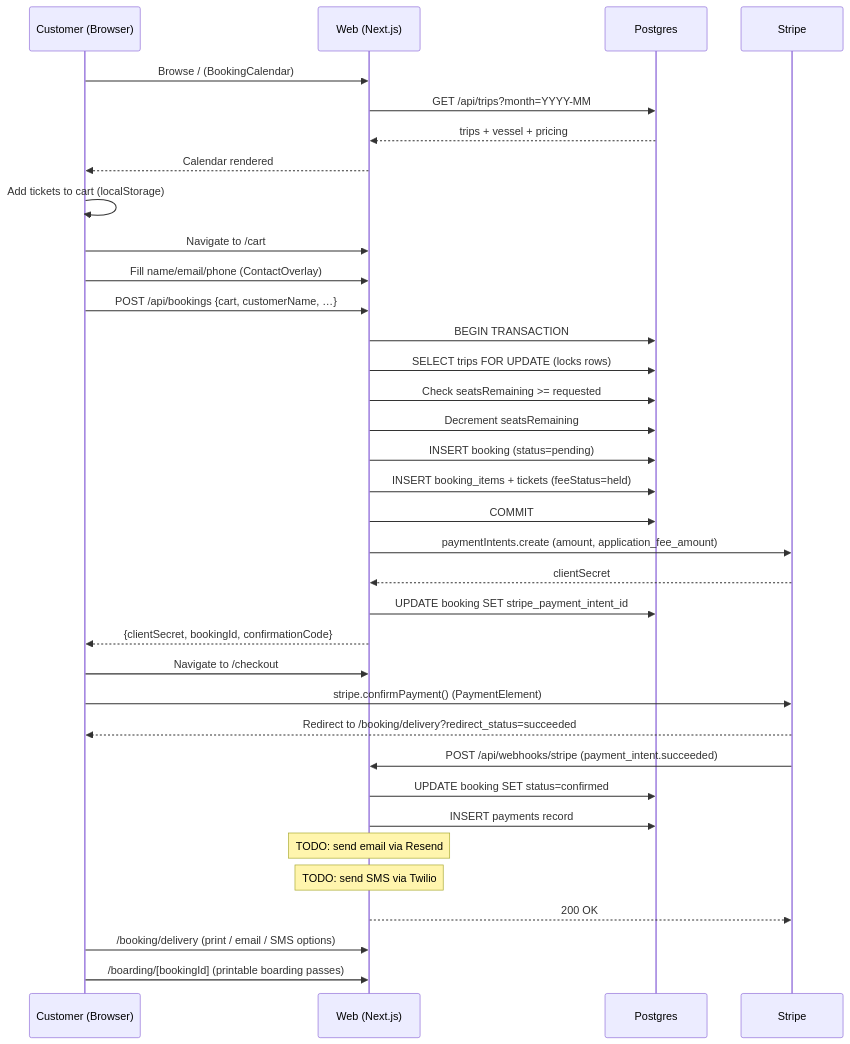
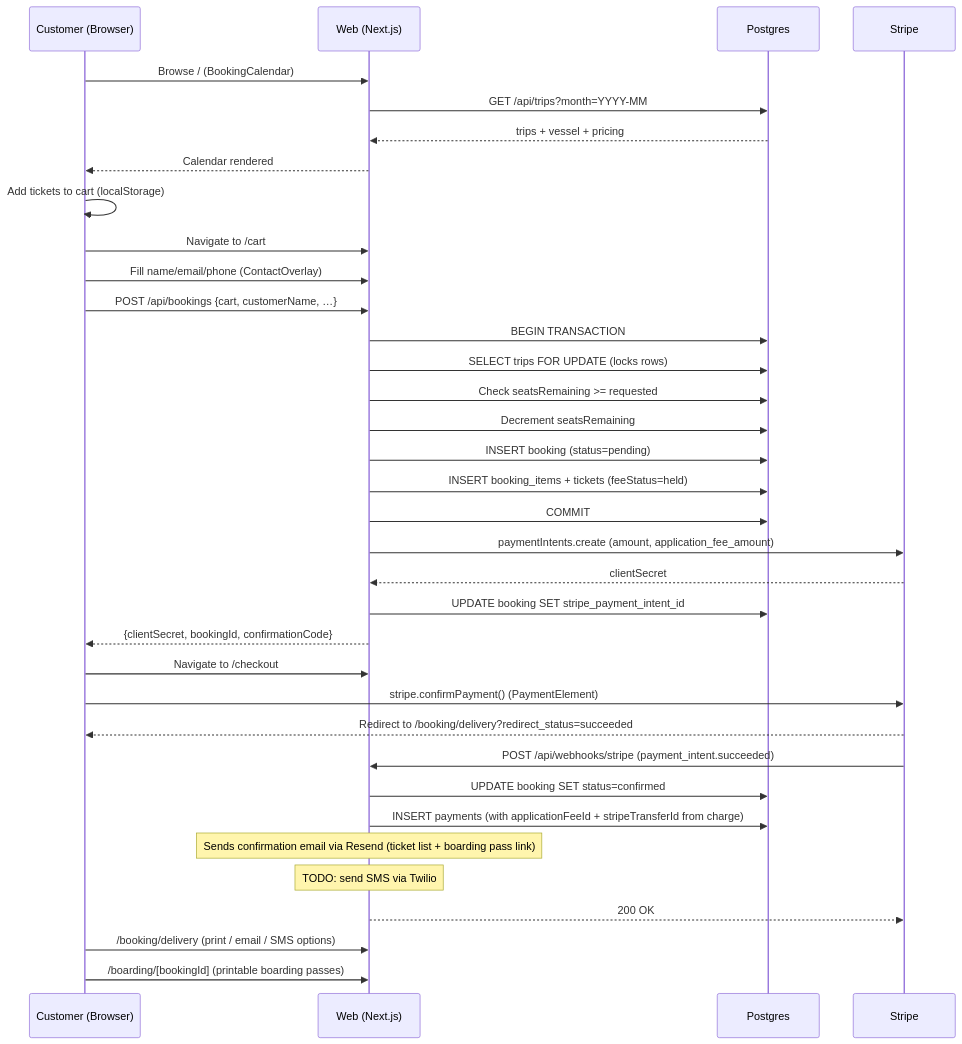
Before and after one commit to allonyaron/open-boat-fishing: the first of 4 diagrams in docs/system-flows.md, drawn with Mermaid. The commit also changed other lines of this file and 5 other files, not shown here.

````diff
--- a/docs/system-flows.md
+++ b/docs/system-flows.md
@@ -5,43 +5,43 @@
 ```mermaid
 sequenceDiagram
     participant C as Customer (Browser)
     participant W as Web (Next.js)
     participant DB as Postgres
     participant S as Stripe
 
     C->>W: Browse /  (BookingCalendar)
     W->>DB: GET /api/trips?month=YYYY-MM
     DB-->>W: trips + vessel + pricing
     W-->>C: Calendar rendered
 
     C->>C: Add tickets to cart (localStorage)
     C->>W: Navigate to /cart
     C->>W: Fill name/email/phone (ContactOverlay)
     C->>W: POST /api/bookings {cart, customerName, …}
 
     W->>DB: BEGIN TRANSACTION
     W->>DB: SELECT trips FOR UPDATE (locks rows)
     W->>DB: Check seatsRemaining >= requested
     W->>DB: Decrement seatsRemaining
     W->>DB: INSERT booking (status=pending)
     W->>DB: INSERT booking_items + tickets (feeStatus=held)
     W->>DB: COMMIT
     W->>S: paymentIntents.create (amount, application_fee_amount)
     S-->>W: clientSecret
     W->>DB: UPDATE booking SET stripe_payment_intent_id
     W-->>C: {clientSecret, bookingId, confirmationCode}
 
     C->>W: Navigate to /checkout
     C->>S: stripe.confirmPayment() (PaymentElement)
     S-->>C: Redirect to /booking/delivery?redirect_status=succeeded
 
     S->>W: POST /api/webhooks/stripe  (payment_intent.succeeded)
     W->>DB: UPDATE booking SET status=confirmed
-    W->>DB: INSERT payments record
-    Note over W: TODO: send email via Resend
+    W->>DB: INSERT payments (with applicationFeeId + stripeTransferId from charge)
+    Note over W: Sends confirmation email via Resend (ticket list + boarding pass link)
     Note over W: TODO: send SMS via Twilio
     W-->>S: 200 OK
 
     C->>W: /booking/delivery  (print / email / SMS options)
     C->>W: /boarding/[bookingId]  (printable boarding passes)
 ```
````
